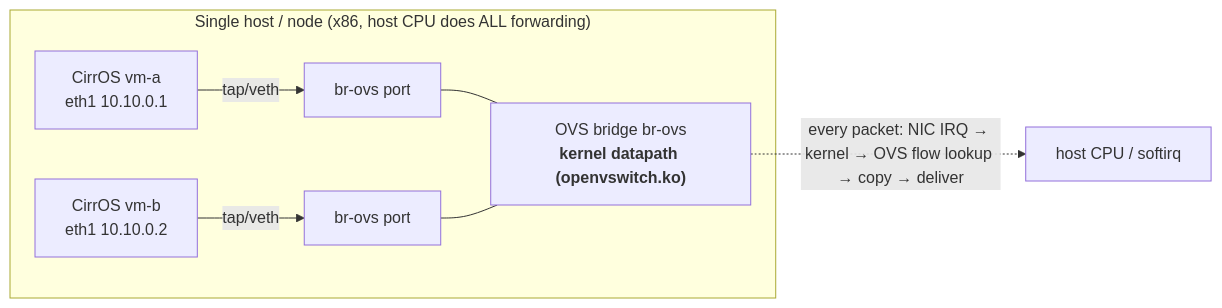
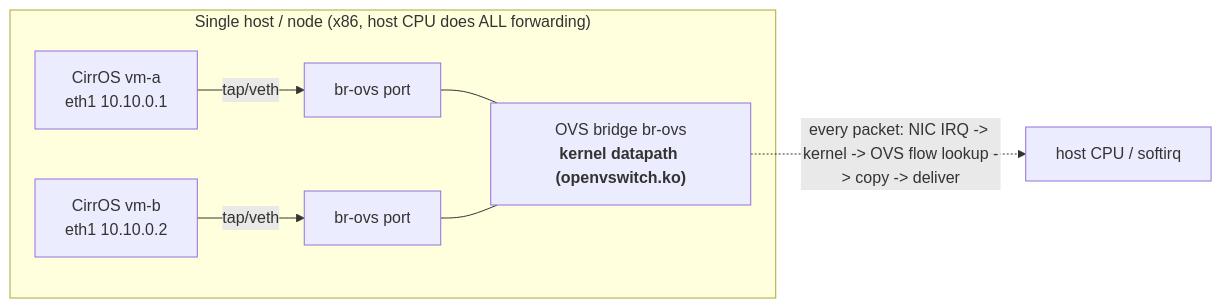
One commit to vickysharma-prog/opi-assignment-2-2026 changed the first of 2 diagrams in dpu_offload_concept.md. Above: the diagram before and after it, drawn with Mermaid. The commit also changed other lines of this file and 5 other files, not shown here.

````diff
--- a/dpu_offload_concept.md
+++ b/dpu_offload_concept.md
@@ -14,10 +14,10 @@
 ```mermaid
 flowchart LR
     subgraph HOST["Single host / node (x86, host CPU does ALL forwarding)"]
       VMA["CirrOS vm-a<br/>eth1 10.10.0.1"] -->|tap/veth| P1["br-ovs port"]
       VMB["CirrOS vm-b<br/>eth1 10.10.0.2"] -->|tap/veth| P2["br-ovs port"]
       P1 --- OVS["OVS bridge br-ovs<br/><b>kernel datapath (openvswitch.ko)</b>"]
       P2 --- OVS
     end
-    OVS -. "every packet: NIC IRQ → kernel → OVS flow lookup → copy → deliver" .-> CPU["host CPU / softirq"]
+    OVS -. "every packet: NIC IRQ -> kernel -> OVS flow lookup -> copy -> deliver" .-> CPU["host CPU / softirq"]
 ```
````
